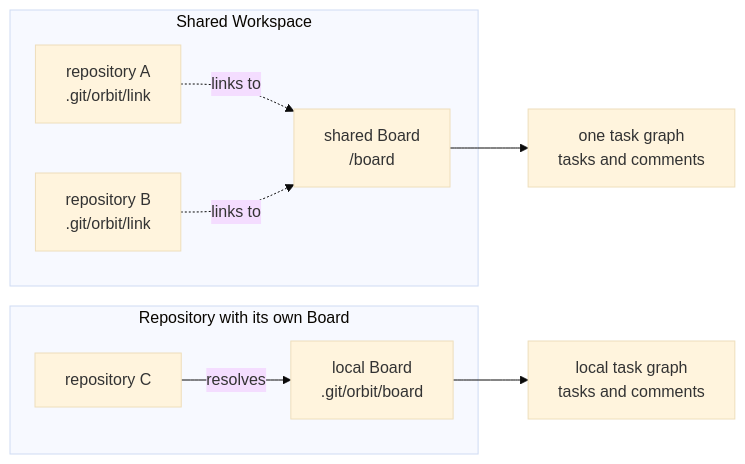
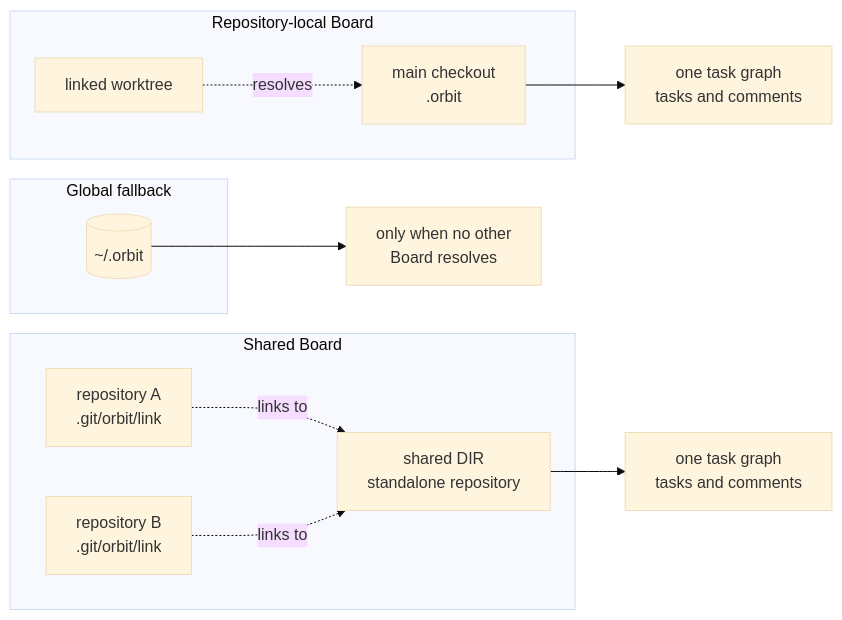
One commit to rcmendes/orbit changed the seventh of 14 diagrams in docs/ARCHITECTURE.md. Above: the diagram before and after it, drawn with Mermaid (base theme). The commit also changed other lines of this file and 12 other files, not shown here.

````diff
--- a/docs/ARCHITECTURE.md
+++ b/docs/ARCHITECTURE.md
@@ -446,19 +459,24 @@
 ```mermaid
 flowchart LR
-    subgraph Shared["Shared Workspace"]
-        BOARD["shared Board<br/><workspace>/board"]
+    subgraph Local["Repository-local Board"]
+        MAIN["main checkout<br/>.orbit"]
+        WT["linked worktree"]
+    end
+
+    subgraph Shared["Shared Board"]
+        SHARED["shared DIR<br/>standalone repository"]
         R1["repository A<br/>.git/orbit/link"]
         R2["repository B<br/>.git/orbit/link"]
     end
 
-    subgraph Own["Repository with its own Board"]
-        R3["repository C"]
-        LOCAL["local Board<br/>.git/orbit/board"]
+    subgraph Global["Global fallback"]
+        GLOBAL[("~/.orbit")]
     end
 
-    R1 -.->|links to| BOARD
-    R2 -.->|links to| BOARD
-    R3 -->|resolves| LOCAL
-    BOARD --> SHAREDGRAPH["one task graph<br/>tasks and comments"]
-    LOCAL --> LOCALGRAPH["local task graph<br/>tasks and comments"]
+    WT -.->|resolves| MAIN
+    R1 -.->|links to| SHARED
+    R2 -.->|links to| SHARED
+    MAIN --> LOCALGRAPH["one task graph<br/>tasks and comments"]
+    SHARED --> SHAREDGRAPH["one task graph<br/>tasks and comments"]
+    GLOBAL --> GLOBALGRAPH["only when no other<br/>Board resolves"]
 ```
````
